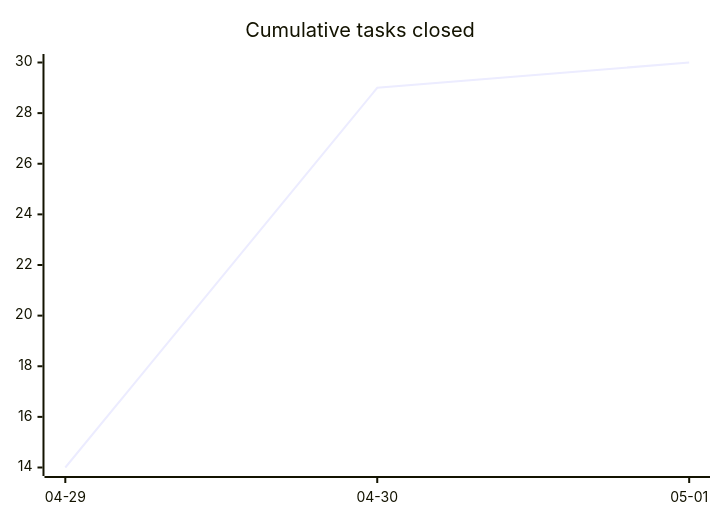
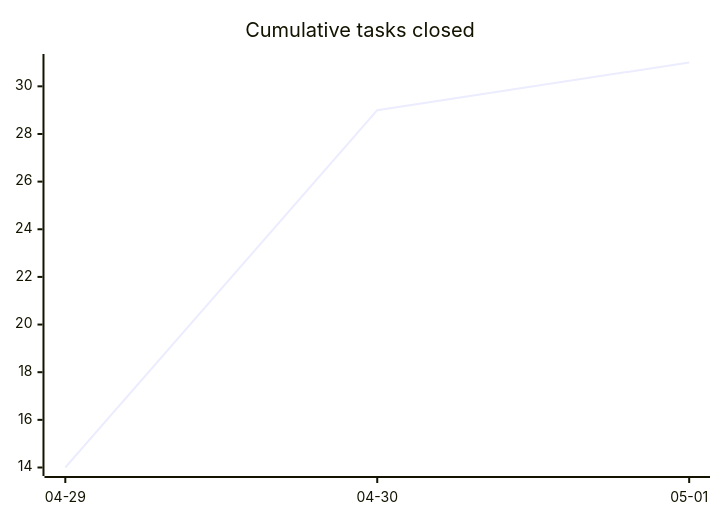
Before and after one commit to tgd1975/AwesomeStudioPedal: the first of 3 diagrams in docs/developers/tasks/OVERVIEW.md, drawn with Mermaid. The commit also changed other lines of this file and 1 other file, not shown here.

````diff
--- a/docs/developers/tasks/OVERVIEW.md
+++ b/docs/developers/tasks/OVERVIEW.md
@@ -20,6 +20,6 @@
 ```mermaid
 xychart-beta
     title "Cumulative tasks closed"
     x-axis ["04-29", "04-30", "05-01"]
-    line [14, 29, 30]
+    line [14, 29, 31]
 ```
````
